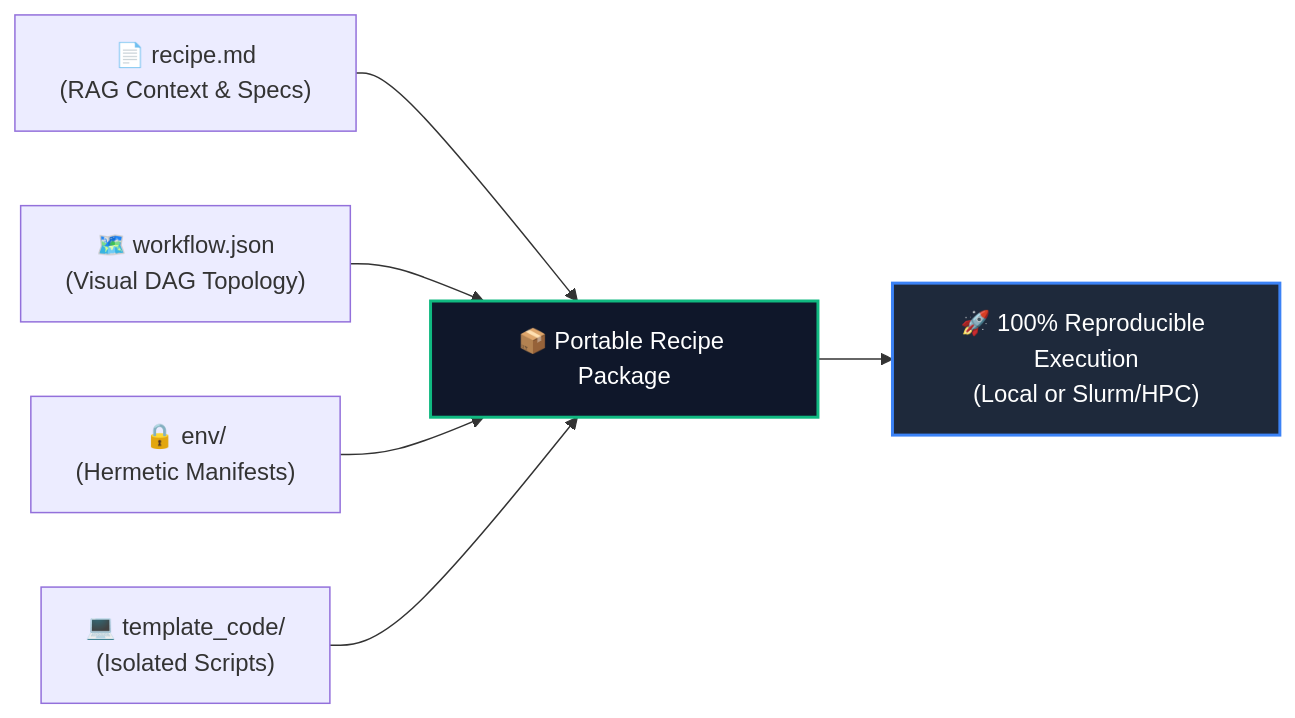
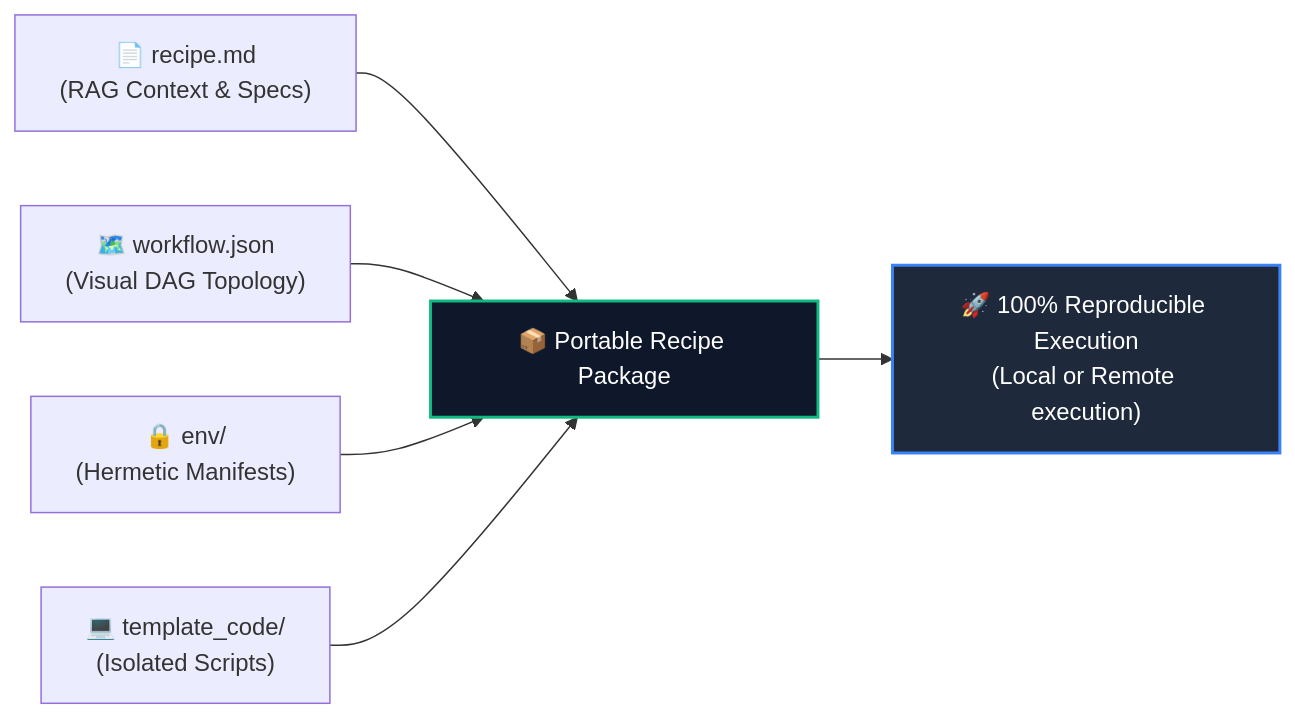
The diagram in README.md (rolv-io/recipe), drawn with Mermaid before and after one commit. The commit also changed other lines of this file, not shown here.

Commit message:
Change logo size and execution context in README
Updated logo size and modified execution description.

````diff
--- a/README.md
+++ b/README.md
@@ -31,11 +31,11 @@
 ```mermaid
 flowchart LR
     A["📄 recipe.md\n(RAG Context & Specs)"] --> E["📦 Portable Recipe Package"]
     B["🗺️ workflow.json\n(Visual DAG Topology)"] --> E
     C["🔒 env/\n(Hermetic Manifests)"] --> E
     D["💻 template_code/\n(Isolated Scripts)"] --> E
-    E --> F["🚀 100% Reproducible Execution\n(Local or Slurm/HPC)"]
+    E --> F["🚀 100% Reproducible Execution\n(Local or Remote execution)"]
     
     style E fill:#0f172a,stroke:#10b981,stroke-width:2px,color:#fff
     style F fill:#1e293b,stroke:#3b82f6,stroke-width:2px,color:#fff
 ```
````
